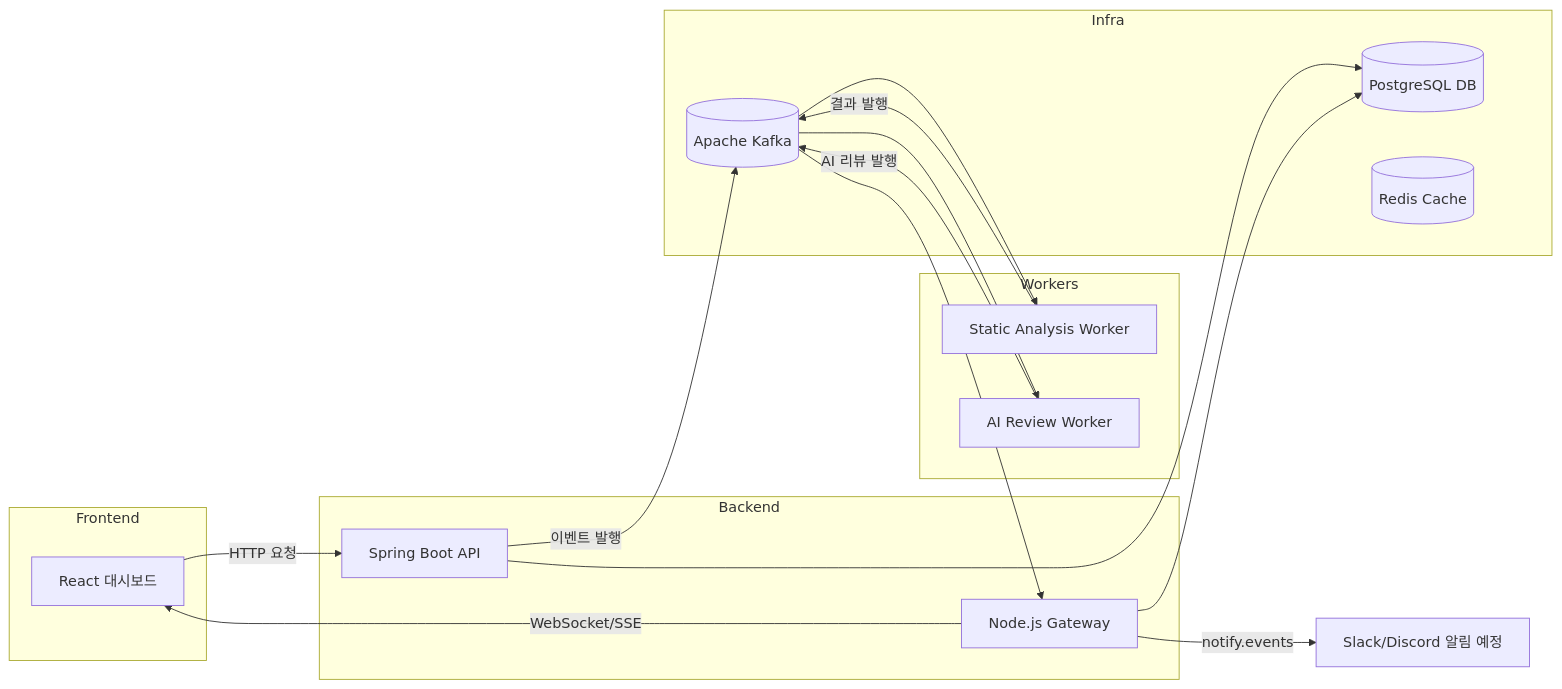
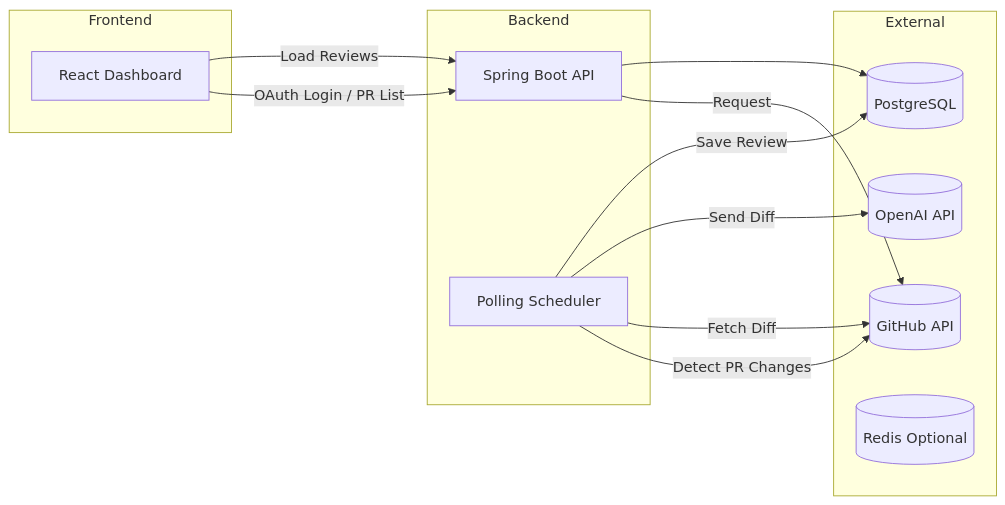
One commit to jeongggggg/ai-collab changed the diagram in README.md. Above: the diagram before and after it, drawn with Mermaid. The commit also changed other lines of this file and 1 other file, not shown here.

````diff
--- a/README.md
+++ b/README.md
@@ -69,35 +61,31 @@
 ```mermaid
 flowchart LR
+
     subgraph Frontend
-        A[React 대시보드]
+        FE[React Dashboard]
     end
 
     subgraph Backend
-        B[Spring Boot API]
-        C[Node.js Gateway]
+        BE[Spring Boot API]
+        PS[Polling Scheduler]
     end
 
-    subgraph Workers
-        D[Static Analysis Worker]
-        E[AI Review Worker]
+    subgraph External
+        GH[(GitHub API)]
+        GPT[(OpenAI API)]
+        DB[(PostgreSQL)]
+        RS[(Redis Optional)]
     end
 
-    subgraph Infra
-        F[(Apache Kafka)]
-        G[(PostgreSQL DB)]
-        H[(Redis Cache)]
-    end
+    FE -->|OAuth Login / PR List| BE
+    BE -->|Request| GH
 
-    A -->|HTTP 요청| B
-    B -->|이벤트 발행| F
-    F --> D
-    D -->|결과 발행| F
-    F --> E
-    E -->|AI 리뷰 발행| F
-    F --> C
-    C -->|WebSocket/SSE| A
-    C -->|notify.events| I[Slack/Discord 알림 예정]
-    B --> G
-    C --> G
+    PS -->|Detect PR Changes| GH
+    PS -->|Fetch Diff| GH
+    PS -->|Send Diff| GPT
+    PS -->|Save Review| DB
+
+    FE -->|Load Reviews| BE
+    BE --> DB
 
 ```
````
